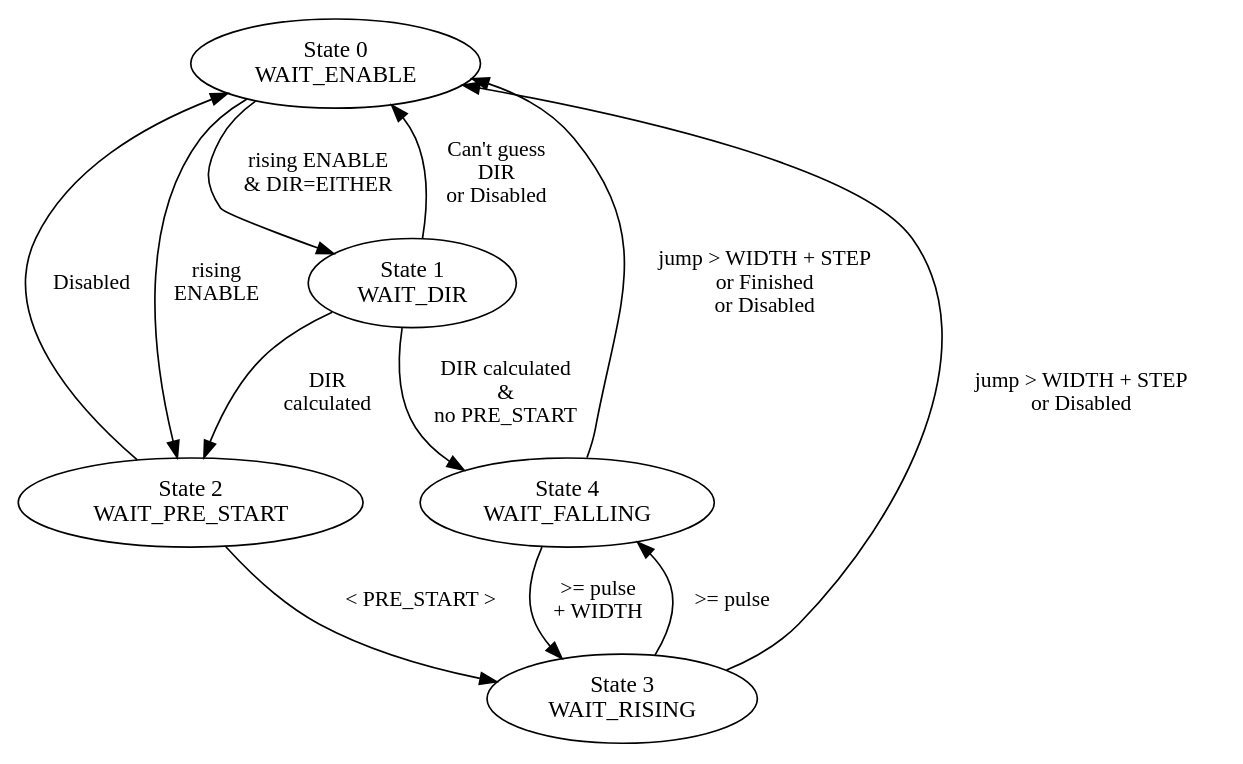
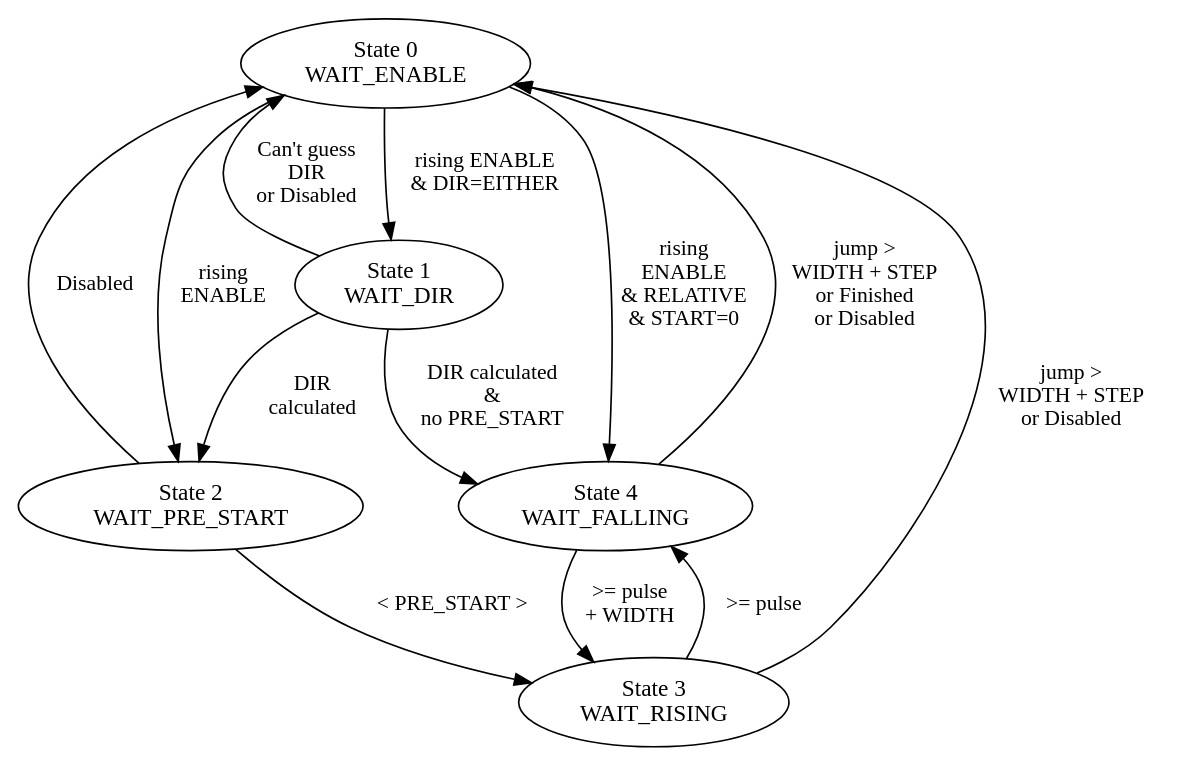
Before and after one commit to PandABlocks/PandABlocks-FPGA: the diagram in modules/pcomp/pcomp_doc.rst, drawn with Graphviz. The commit also changed other lines of this file and 3 other files, not shown here.

Commit message:
Fix PCOMP RELATIVE with START=0

```diff
--- a/modules/pcomp/pcomp_doc.rst
+++ b/modules/pcomp/pcomp_doc.rst
@@ -53,28 +53,29 @@
 .. digraph:: pcomp_sm
 
     WAIT_ENABLE [label="State 0\nWAIT_ENABLE",]
     WAIT_DIR [label="State 1\nWAIT_DIR"]
     WAIT_PRE_START [label="State 2\nWAIT_PRE_START"]
     WAIT_RISING [label="State 3\nWAIT_RISING"]
     WAIT_FALLING [label="State 4\nWAIT_FALLING"]
 
     WAIT_ENABLE -> WAIT_DIR [label="rising ENABLE\n & DIR=EITHER ",fontsize=13]
     WAIT_ENABLE -> WAIT_PRE_START [label=" rising\n ENABLE ",fontsize=13]
+    WAIT_ENABLE -> WAIT_FALLING [label="rising\nENABLE\n& RELATIVE\n& START=0",fontsize=13]
 
     WAIT_DIR -> WAIT_ENABLE [label=" Can't guess\n DIR \n or Disabled "]
     [fontsize=13]
     WAIT_DIR -> WAIT_PRE_START [label=" DIR\n calculated ",fontsize=13]
     WAIT_DIR -> WAIT_FALLING [label=" DIR calculated \n & \n no PRE_START"]
     [fontsize=13]
 
     WAIT_PRE_START -> WAIT_ENABLE [label=" Disabled "][fontsize=13]
     WAIT_PRE_START -> WAIT_RISING [label=" < PRE_START > "][fontsize=13]
 
-    WAIT_RISING -> WAIT_ENABLE [label=" jump > WIDTH + STEP \n or Disabled "]
+    WAIT_RISING -> WAIT_ENABLE [label="jump >\nWIDTH + STEP\n or Disabled "]
     [fontsize=13]
     WAIT_RISING -> WAIT_FALLING [label=" >= pulse ",fontsize=13]
 
     WAIT_FALLING -> WAIT_ENABLE
-    [label=" jump > WIDTH + STEP \n or Finished \nor Disabled",fontsize=13]
+    [label=" jump > \nWIDTH + STEP\n or Finished \nor Disabled",fontsize=13]
     WAIT_FALLING -> WAIT_RISING [label=" >= pulse \n + WIDTH "]
     [fontsize=13]
```
